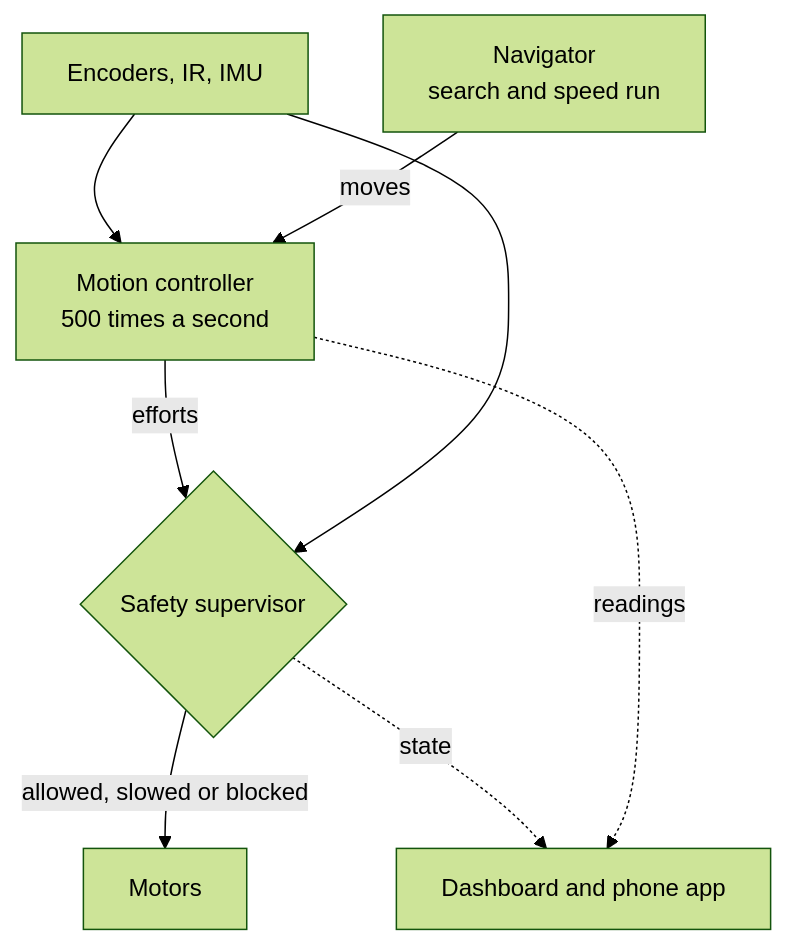
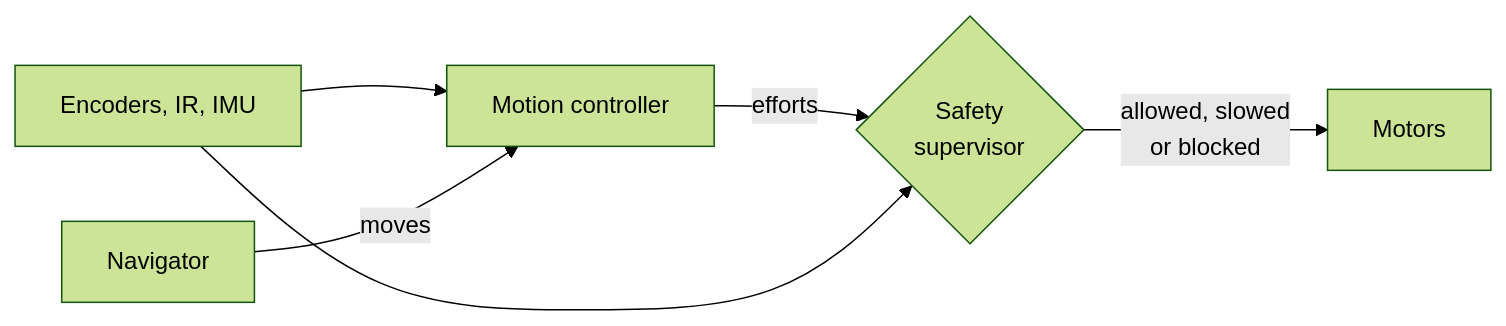
One commit to RutgersMicromouse/Micromouse-2027 changed the fourth of 4 diagrams in README.md. Above: the diagram before and after it, drawn with Mermaid (forest theme). The commit also changed other lines of this file and 12 other files, not shown here.

````diff
--- a/README.md
+++ b/README.md
@@ -24,10 +192,8 @@
 ```mermaid
-flowchart TD
-    sensors[Encoders, IR, IMU] --> motion[Motion controller<br/>500 times a second]
-    nav[Navigator<br/>search and speed run] -- moves --> motion
-    motion -- efforts --> safety{Safety supervisor}
-    sensors --> safety
-    safety -- allowed, slowed or blocked --> motors[Motors]
-    safety -. state .-> pages[Dashboard and phone app]
-    motion -. readings .-> pages
+flowchart LR
+    S[Encoders, IR, IMU] --> M[Motion controller]
+    N[Navigator] -- moves --> M
+    M -- efforts --> SAF{Safety<br/>supervisor}
+    S --> SAF
+    SAF -- allowed, slowed<br/>or blocked --> MOT[Motors]
 ```
````
